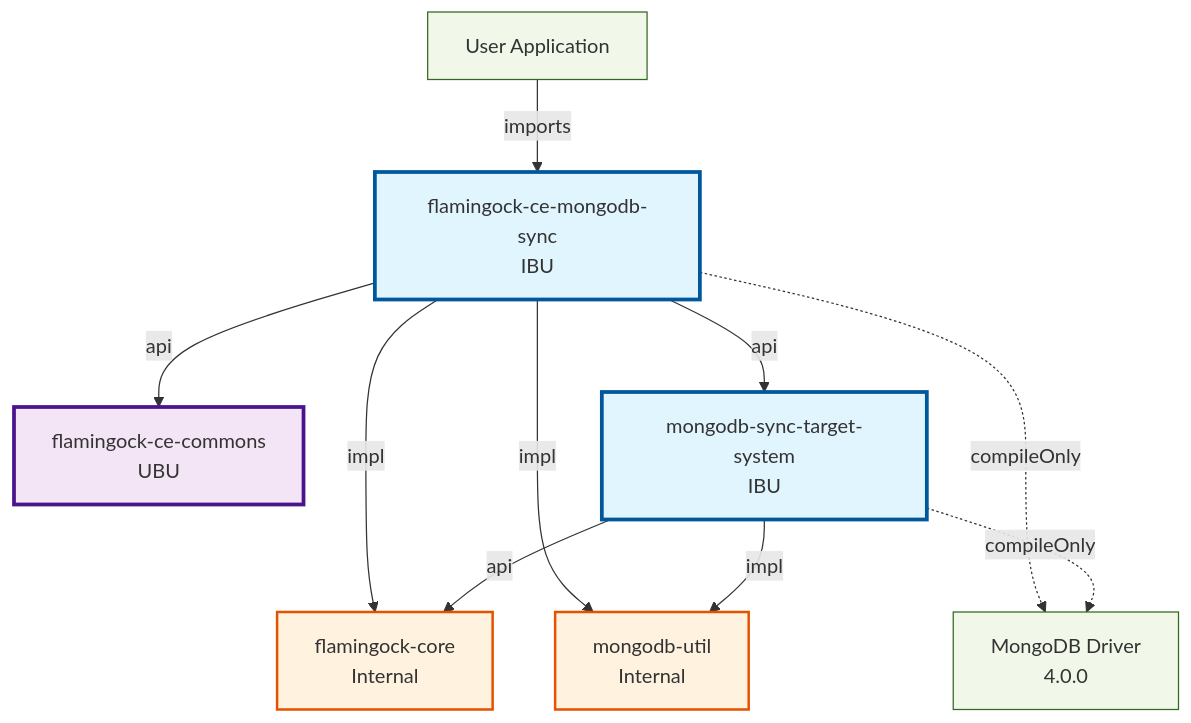
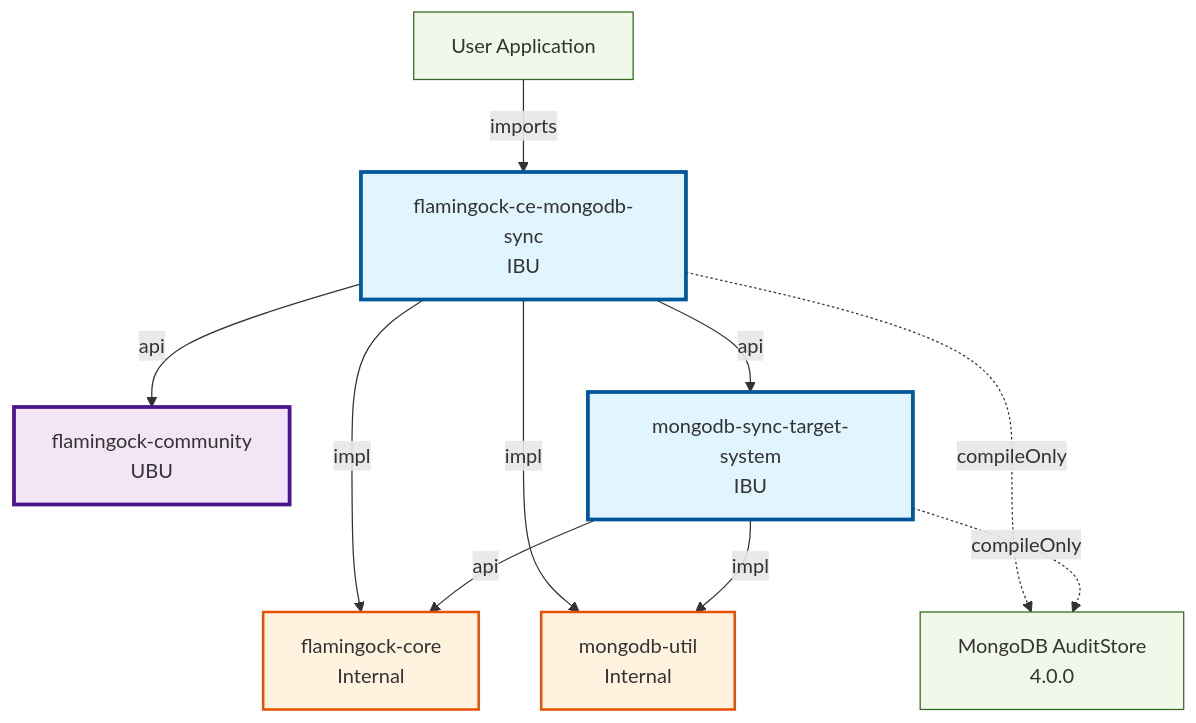
The third of 6 diagrams in docs/ARCHITECTURE_OVERVIEW.md (flamingock/flamingock-java), drawn with Mermaid before and after one commit. The commit also changed other lines of this file and 71 other files, not shown here.

Commit message:
feat: audit store (#331)

````diff
--- a/docs/ARCHITECTURE_OVERVIEW.md
+++ b/docs/ARCHITECTURE_OVERVIEW.md
@@ -300,26 +300,26 @@
 ```mermaid
 graph TB
     classDef ibu fill:#e1f5fe,stroke:#01579b,stroke-width:3px
     classDef ubu fill:#f3e5f5,stroke:#4a148c,stroke-width:3px
     classDef internal fill:#fff3e0,stroke:#e65100,stroke-width:2px
     classDef external fill:#f1f8e9,stroke:#33691e,stroke-width:1px
 
     User[User Application]:::external
     User -->|imports| flamingock-ce-mongodb-sync
     
     flamingock-ce-mongodb-sync[flamingock-ce-mongodb-sync<br/>IBU]:::ibu
-    flamingock-ce-commons[flamingock-ce-commons<br/>UBU]:::ubu
+    flamingock-community[flamingock-community<br/>UBU]:::ubu
     mongodb-sync-target-system[mongodb-sync-target-system<br/>IBU]:::ibu
     flamingock-core[flamingock-core<br/>Internal]:::internal
     mongodb-util[mongodb-util<br/>Internal]:::internal
-    MongoDriver[MongoDB Driver<br/>4.0.0]:::external
+    MongoAuditStore[MongoDB AuditStore<br/>4.0.0]:::external
     
-    flamingock-ce-mongodb-sync -->|api| flamingock-ce-commons
+    flamingock-ce-mongodb-sync -->|api| flamingock-community
     flamingock-ce-mongodb-sync -->|api| mongodb-sync-target-system
     flamingock-ce-mongodb-sync -->|impl| flamingock-core
     flamingock-ce-mongodb-sync -->|impl| mongodb-util
-    flamingock-ce-mongodb-sync -.->|compileOnly| MongoDriver
+    flamingock-ce-mongodb-sync -.->|compileOnly| MongoAuditStore
     mongodb-sync-target-system -->|api| flamingock-core
     mongodb-sync-target-system -->|impl| mongodb-util
-    mongodb-sync-target-system -.->|compileOnly| MongoDriver
+    mongodb-sync-target-system -.->|compileOnly| MongoAuditStore
 ```
````
